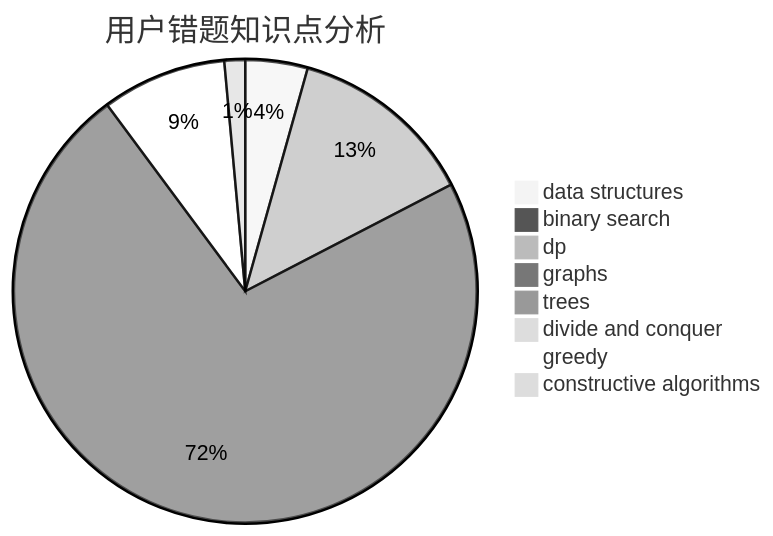
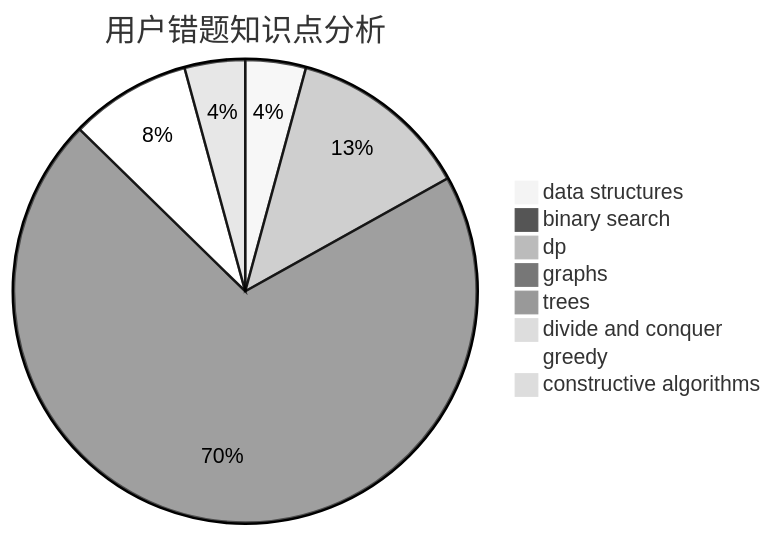
One commit to sherpahu/cfrs.github.io changed the third of 3 diagrams in docs/user/u963.md. Above: the diagram before and after it, drawn with Mermaid (neutral theme). The commit also changed other lines of this file and 2770 other files, not shown here.

````diff
--- a/docs/user/u963.md
+++ b/docs/user/u963.md
@@ -36,11 +36,11 @@
 ```mermaid
 pie title 用户错题知识点分析
     "data structures" :  3
     "binary search" :  0
     "dp" :  9
     "graphs" :  50
     "trees" :  0
     "divide and conquer" :  0
     "greedy" :  6
-    "constructive algorithms" :  1
+    "constructive algorithms" :  3
 ```
````
